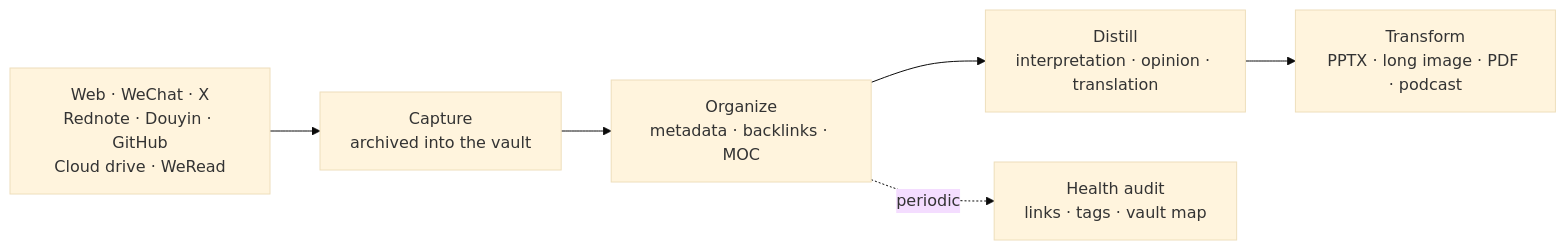
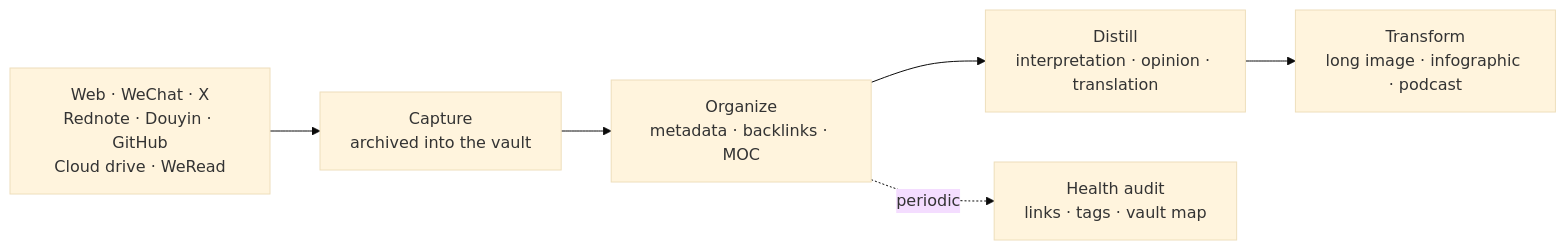
Before and after one commit to soia-team/soia-open-pkm-vault-skills: the diagram in README.en.md, drawn with Mermaid (base theme). The commit also changed other lines of this file and 39 other files, not shown here.

````diff
--- a/README.en.md
+++ b/README.en.md
@@ -29,8 +29,8 @@
 ```mermaid
 flowchart LR
     A["Web · WeChat · X<br/>Rednote · Douyin · GitHub<br/>Cloud drive · WeRead"] --> B["Capture<br/>archived into the vault"]
     B --> C["Organize<br/>metadata · backlinks · MOC"]
     C --> D["Distill<br/>interpretation · opinion · translation"]
-    D --> E["Transform<br/>PPTX · long image · PDF · podcast"]
+    D --> E["Transform<br/>long image · infographic · podcast"]
     C -.periodic.-> F["Health audit<br/>links · tags · vault map"]
 ```
````
